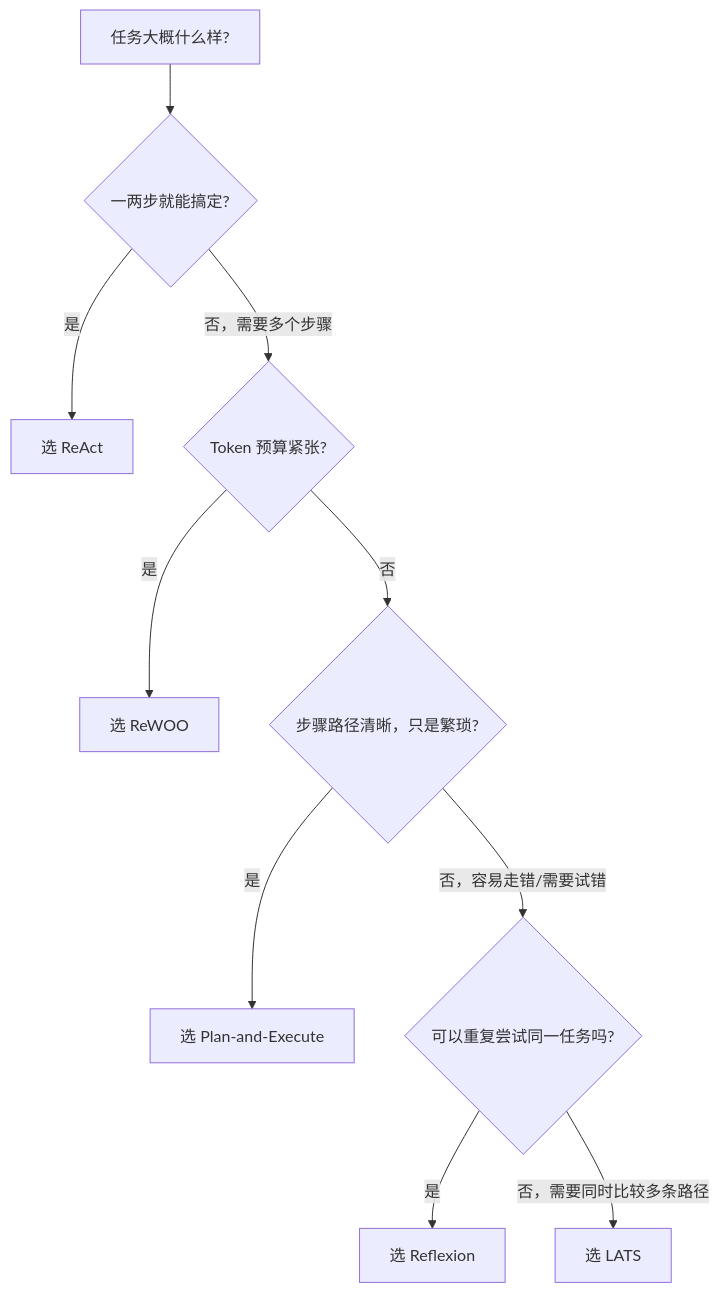
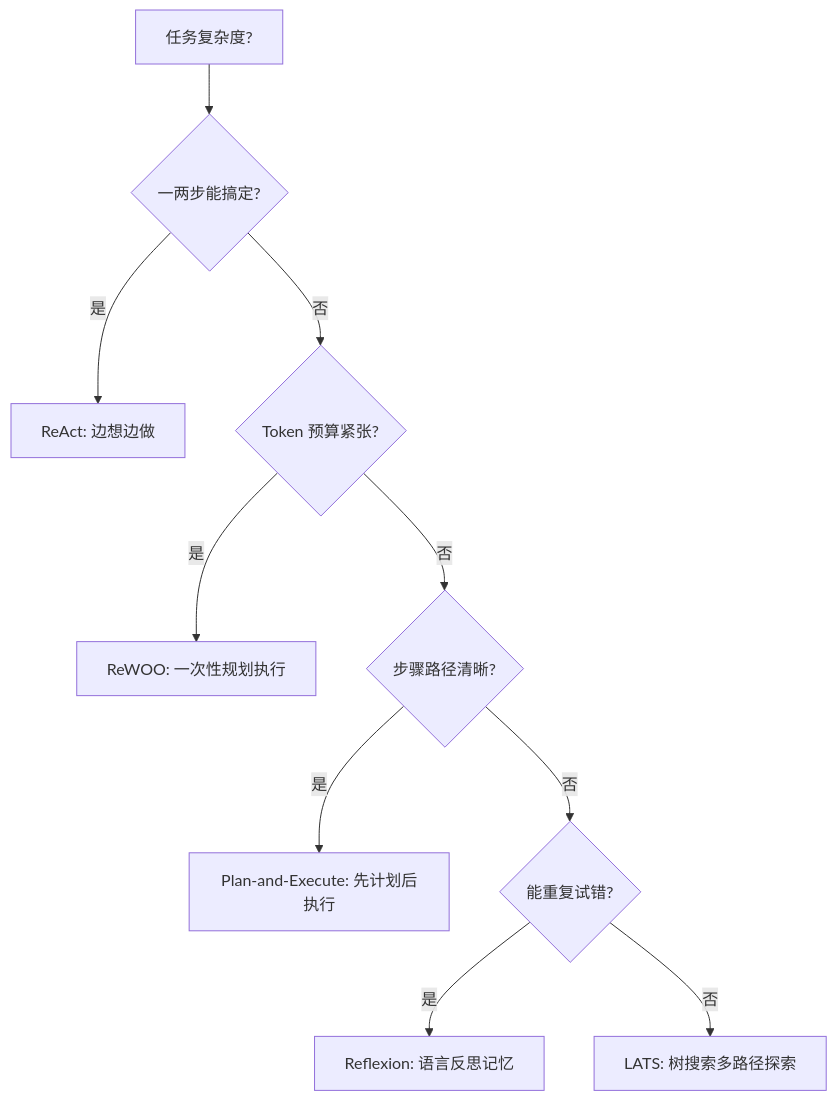
The diagram in content/baike/ai-and-llm/Agent 架构模式详解.md (lovemyFamilyFovever/knowledge), drawn with Mermaid before and after one commit. The commit also changed other lines of this file, not shown here.

````diff
--- a/content/baike/ai-and-llm/Agent 架构模式详解.md
+++ b/content/baike/ai-and-llm/Agent 架构模式详解.md
@@ -197,12 +39,12 @@
 ```mermaid
 flowchart TD
-    A[任务大概什么样?] --> B{一两步就能搞定?}
-    B -- 是 --> ReAct[选 ReAct]
-    B -- 否，需要多个步骤 --> C{Token 预算紧张?}
-    C -- 是 --> ReWOO[选 ReWOO]
-    C -- 否 --> D{步骤路径清晰，只是繁琐?}
-    D -- 是 --> PE[选 Plan-and-Execute]
-    D -- 否，容易走错/需要试错 --> E{可以重复尝试同一任务吗?}
-    E -- 是 --> RF[选 Reflexion]
-    E -- 否，需要同时比较多条路径 --> LATS[选 LATS]
+    A[任务复杂度?] --> B{一两步能搞定?}
+    B -- 是 --> ReAct[ReAct: 边想边做]
+    B -- 否 --> C{Token 预算紧张?}
+    C -- 是 --> ReWOO[ReWOO: 一次性规划执行]
+    C -- 否 --> D{步骤路径清晰?}
+    D -- 是 --> PE[Plan-and-Execute: 先计划后执行]
+    D -- 否 --> E{能重复试错?}
+    E -- 是 --> Reflexion[Reflexion: 语言反思记忆]
+    E -- 否 --> LATS[LATS: 树搜索多路径探索]
 ```
````
